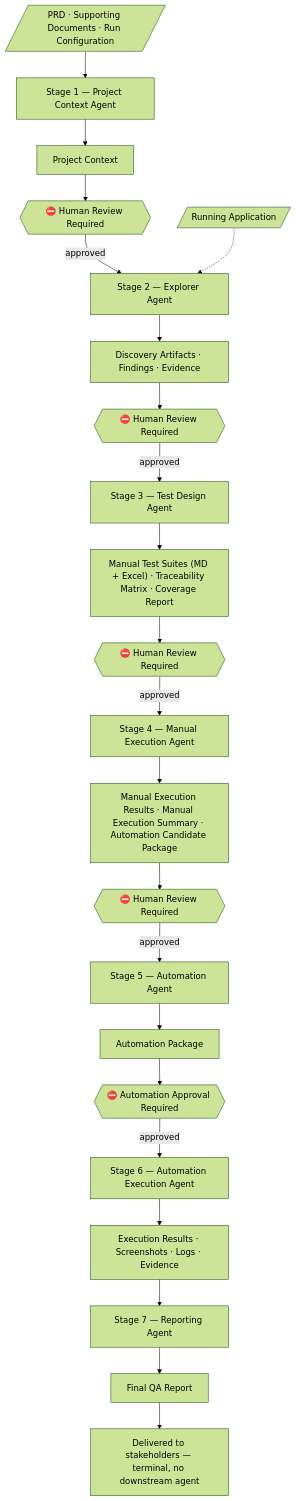
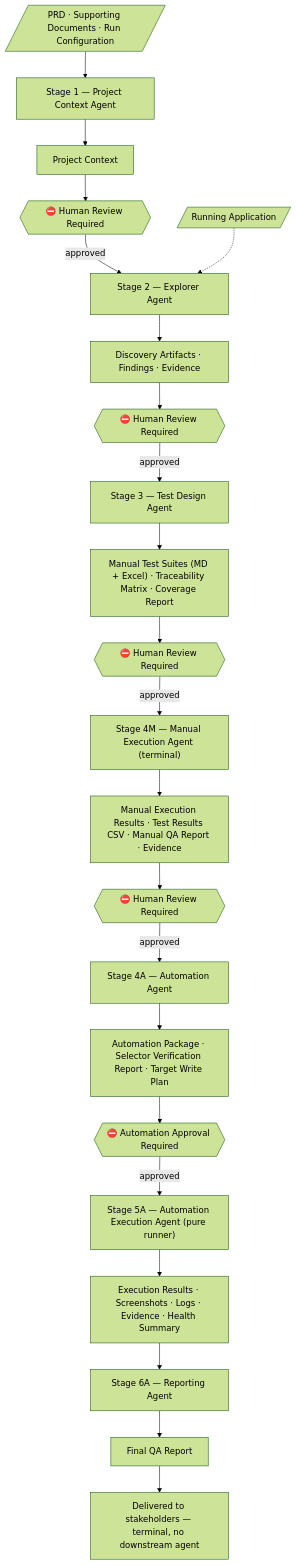
One commit to HusseinAtaHussein1/AISeatMap changed the third of 10 diagrams in README.md. Above: the diagram before and after it, drawn with Mermaid (forest theme). The commit also changed other lines of this file and 61 other files, not shown here.

````diff
--- a/README.md
+++ b/README.md
@@ -256,31 +268,31 @@
 ```mermaid
 flowchart TD
     PRD[/"PRD · Supporting Documents · Run Configuration"/] --> S1
 
     S1["Stage 1 — Project Context Agent"] --> CTX["Project Context"]
     CTX --> G1{{"⛔ Human Review Required"}}
     G1 -->|approved| S2
 
     APP[/"Running Application"/] -.-> S2
     S2["Stage 2 — Explorer Agent"] --> DISC["Discovery Artifacts · Findings · Evidence"]
     DISC --> G2{{"⛔ Human Review Required"}}
     G2 -->|approved| S3
 
     S3["Stage 3 — Test Design Agent"] --> TD["Manual Test Suites (MD + Excel) · Traceability Matrix · Coverage Report"]
     TD --> G3{{"⛔ Human Review Required"}}
     G3 -->|approved| S4
 
-    S4["Stage 4 — Manual Execution Agent"] --> MANEX["Manual Execution Results · Manual Execution Summary · Automation Candidate Package"]
+    S4["Stage 4M — Manual Execution Agent (terminal)"] --> MANEX["Manual Execution Results · Test Results CSV · Manual QA Report · Evidence"]
     MANEX --> G4{{"⛔ Human Review Required"}}
     G4 -->|approved| S5
 
-    S5["Stage 5 — Automation Agent"] --> AUTO["Automation Package"]
+    S5["Stage 4A — Automation Agent"] --> AUTO["Automation Package · Selector Verification Report · Target Write Plan"]
     AUTO --> G5{{"⛔ Automation Approval Required"}}
     G5 -->|approved| S6
 
-    S6["Stage 6 — Automation Execution Agent"] --> EXEC["Execution Results · Screenshots · Logs · Evidence"]
+    S6["Stage 5A — Automation Execution Agent (pure runner)"] --> EXEC["Execution Results · Screenshots · Logs · Evidence · Health Summary"]
     EXEC --> S7
 
-    S7["Stage 7 — Reporting Agent"] --> REPORT["Final QA Report"]
+    S7["Stage 6A — Reporting Agent"] --> REPORT["Final QA Report"]
     REPORT --> DONE["Delivered to stakeholders — terminal, no downstream agent"]
 ```
````
